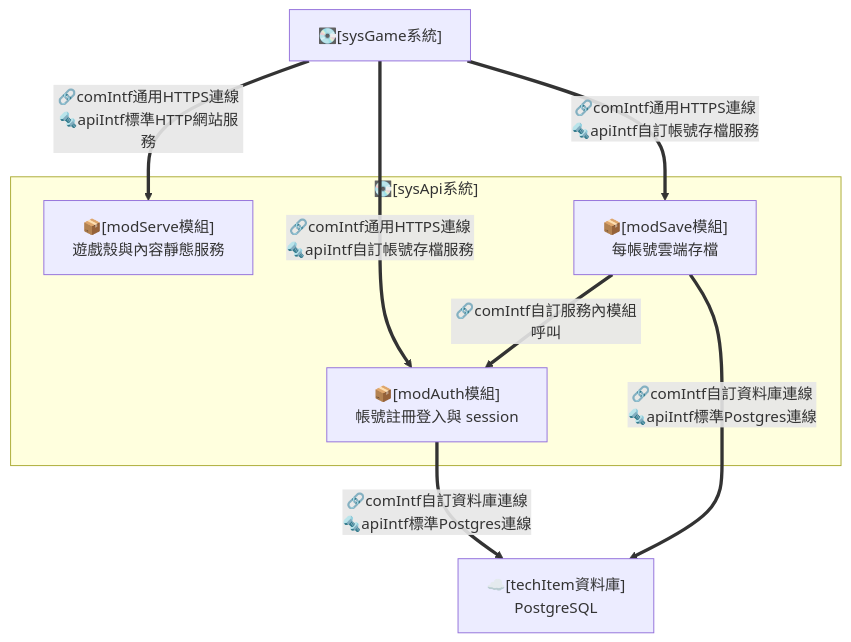
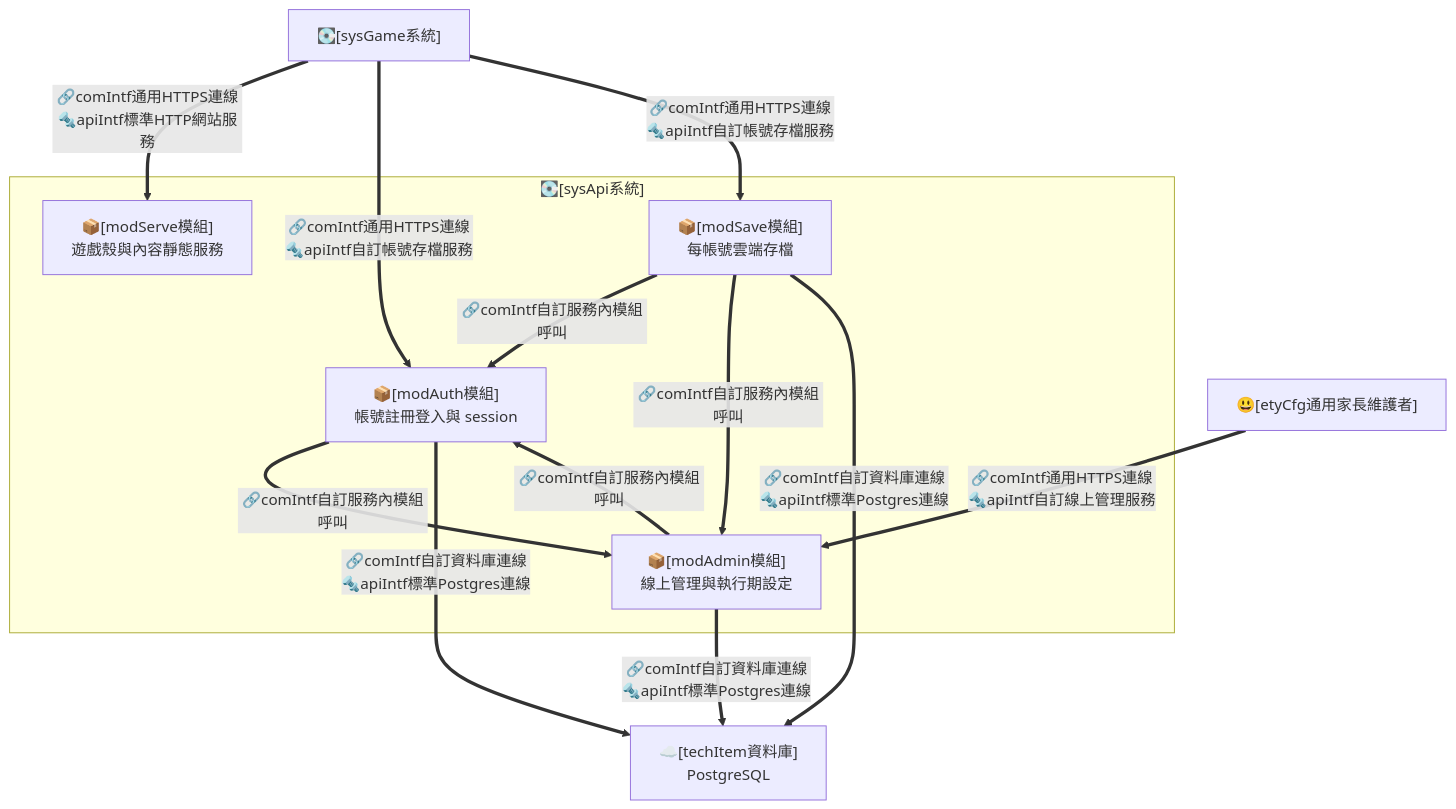
One commit to twStellerWhale-Ocean2/solKidGalGame1 changed the fifth of 11 diagrams in docs/design.md. Above: the diagram before and after it, drawn with Mermaid. The commit also changed other lines of this file and 46 other files, not shown here.

````diff
--- a/docs/design.md
+++ b/docs/design.md
@@ -405,19 +420,26 @@
 ```mermaid
 flowchart TB
 
 GAME["💽[sysGame系統]"]
+ADM["😃[etyCfg通用家長維護者]"]
 DB["☁️[techItem資料庫]<br/>PostgreSQL"]
 
 subgraph SYS["💽[sysApi系統]"]
   SERVE["📦[modServe模組]<br/>遊戲殼與內容靜態服務"]
   AUTH["📦[modAuth模組]<br/>帳號註冊登入與 session"]
   SAVE["📦[modSave模組]<br/>每帳號雲端存檔"]
+  ADMIN["📦[modAdmin模組]<br/>線上管理與執行期設定"]
 end
 
 GAME ==>|"🔗comIntf通用HTTPS連線<br/>🔩apiIntf標準HTTP網站服務"| SERVE
 GAME ==>|"🔗comIntf通用HTTPS連線<br/>🔩apiIntf自訂帳號存檔服務"| AUTH
 GAME ==>|"🔗comIntf通用HTTPS連線<br/>🔩apiIntf自訂帳號存檔服務"| SAVE
+ADM ==>|"🔗comIntf通用HTTPS連線<br/>🔩apiIntf自訂線上管理服務"| ADMIN
 SAVE ==>|"🔗comIntf自訂服務內模組呼叫"| AUTH
+ADMIN ==>|"🔗comIntf自訂服務內模組呼叫"| AUTH
+AUTH ==>|"🔗comIntf自訂服務內模組呼叫"| ADMIN
+SAVE ==>|"🔗comIntf自訂服務內模組呼叫"| ADMIN
 AUTH ==>|"🔗comIntf自訂資料庫連線<br/>🔩apiIntf標準Postgres連線"| DB
 SAVE ==>|"🔗comIntf自訂資料庫連線<br/>🔩apiIntf標準Postgres連線"| DB
+ADMIN ==>|"🔗comIntf自訂資料庫連線<br/>🔩apiIntf標準Postgres連線"| DB
 ```
````
